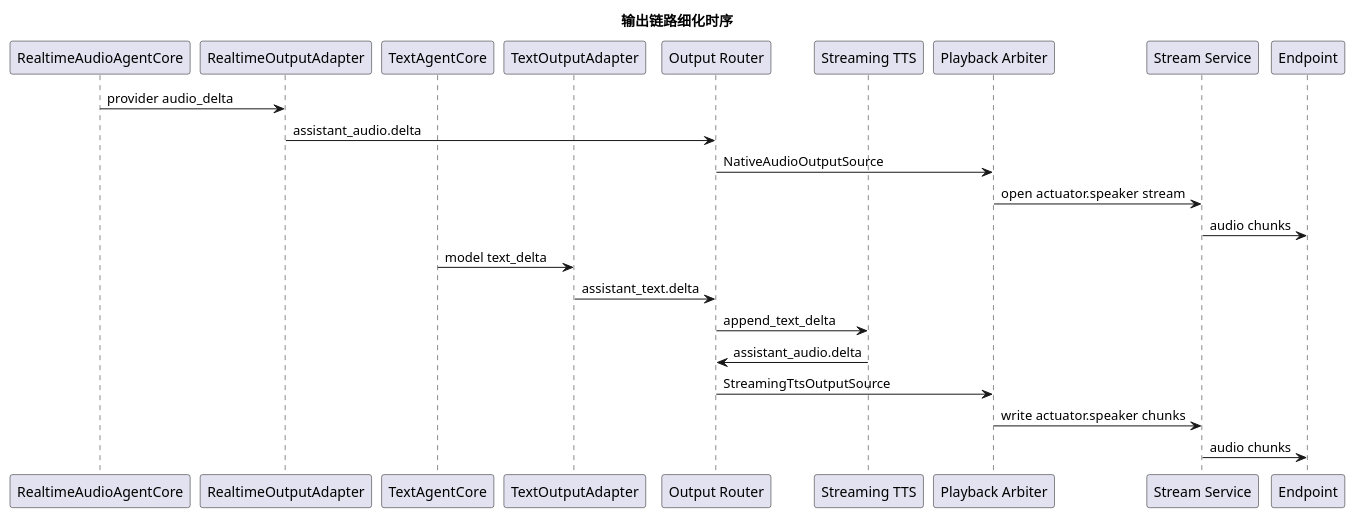
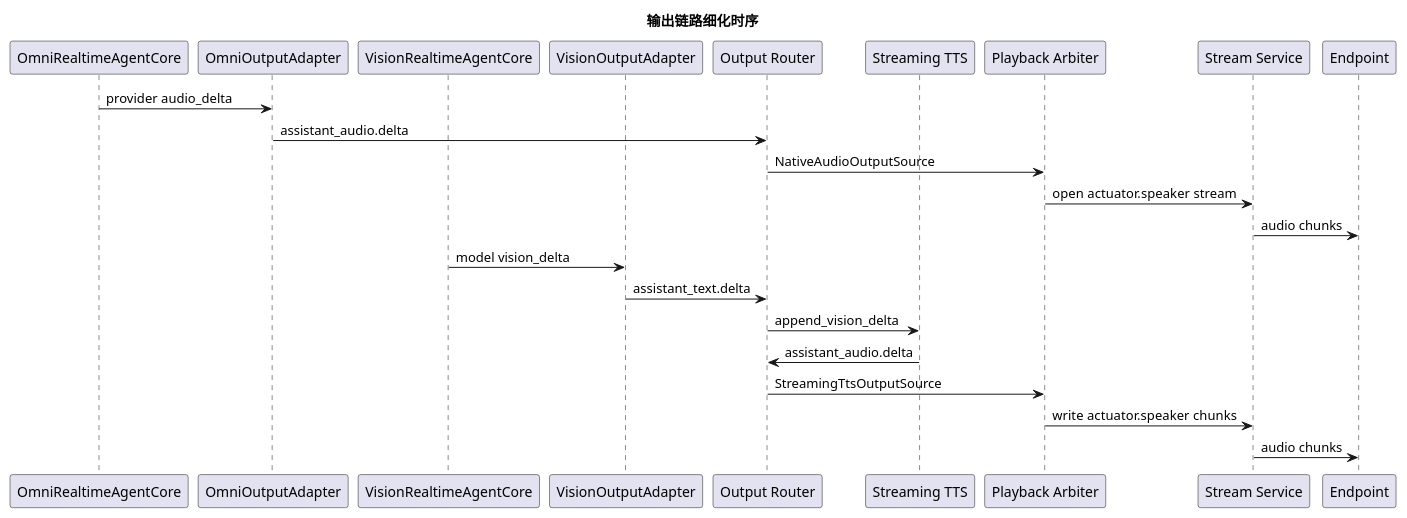
Before and after one commit to HengeLiu/RealtimeAgent: diagram 13 of 18 in audio-server/docs/internal/audio-server-architecture-design.md, drawn with PlantUML. The commit also changed other lines of this file and 488 other files, not shown here.

````diff
--- a/audio-server/docs/internal/audio-server-architecture-design.md
+++ b/audio-server/docs/internal/audio-server-architecture-design.md
@@ -2230,29 +2230,29 @@
 ```plantuml
 @startuml
 title 输出链路细化时序
 
-participant "RealtimeAudioAgentCore" as RealtimeCore
-participant "RealtimeOutputAdapter" as RealtimeAdapter
-participant "TextAgentCore" as TextCore
-participant "TextOutputAdapter" as TextAdapter
+participant "OmniRealtimeAgentCore" as RealtimeCore
+participant "OmniOutputAdapter" as RealtimeAdapter
+participant "VisionRealtimeAgentCore" as TextCore
+participant "VisionOutputAdapter" as TextAdapter
 participant "Output Router" as Router
 participant "Streaming TTS" as TTS
 participant "Playback Arbiter" as Arbiter
 participant "Stream Service" as Stream
 participant Endpoint
 
 RealtimeCore -> RealtimeAdapter: provider audio_delta
 RealtimeAdapter -> Router: assistant_audio.delta
 Router -> Arbiter: NativeAudioOutputSource
 Arbiter -> Stream: open actuator.speaker stream
 Stream -> Endpoint: audio chunks
 
-TextCore -> TextAdapter: model text_delta
+TextCore -> TextAdapter: model vision_delta
 TextAdapter -> Router: assistant_text.delta
-Router -> TTS: append_text_delta
+Router -> TTS: append_vision_delta
 TTS -> Router: assistant_audio.delta
 Router -> Arbiter: StreamingTtsOutputSource
 Arbiter -> Stream: write actuator.speaker chunks
 Stream -> Endpoint: audio chunks
 @enduml
 ```
````
